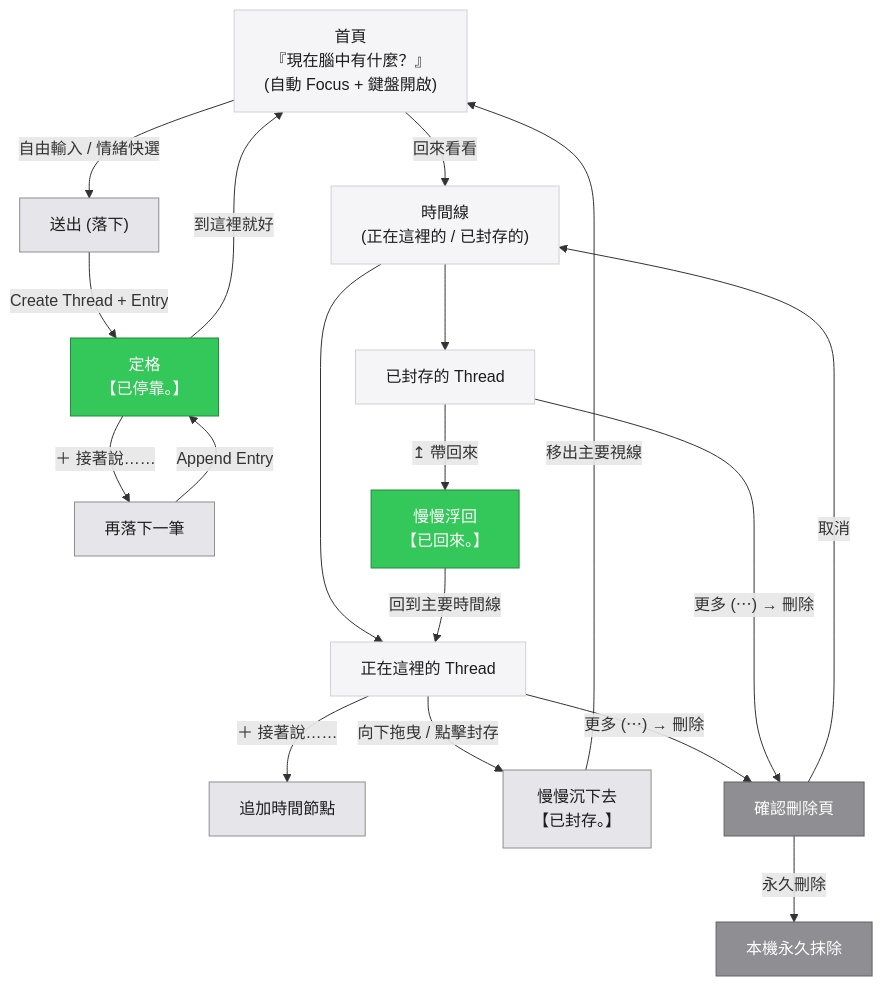
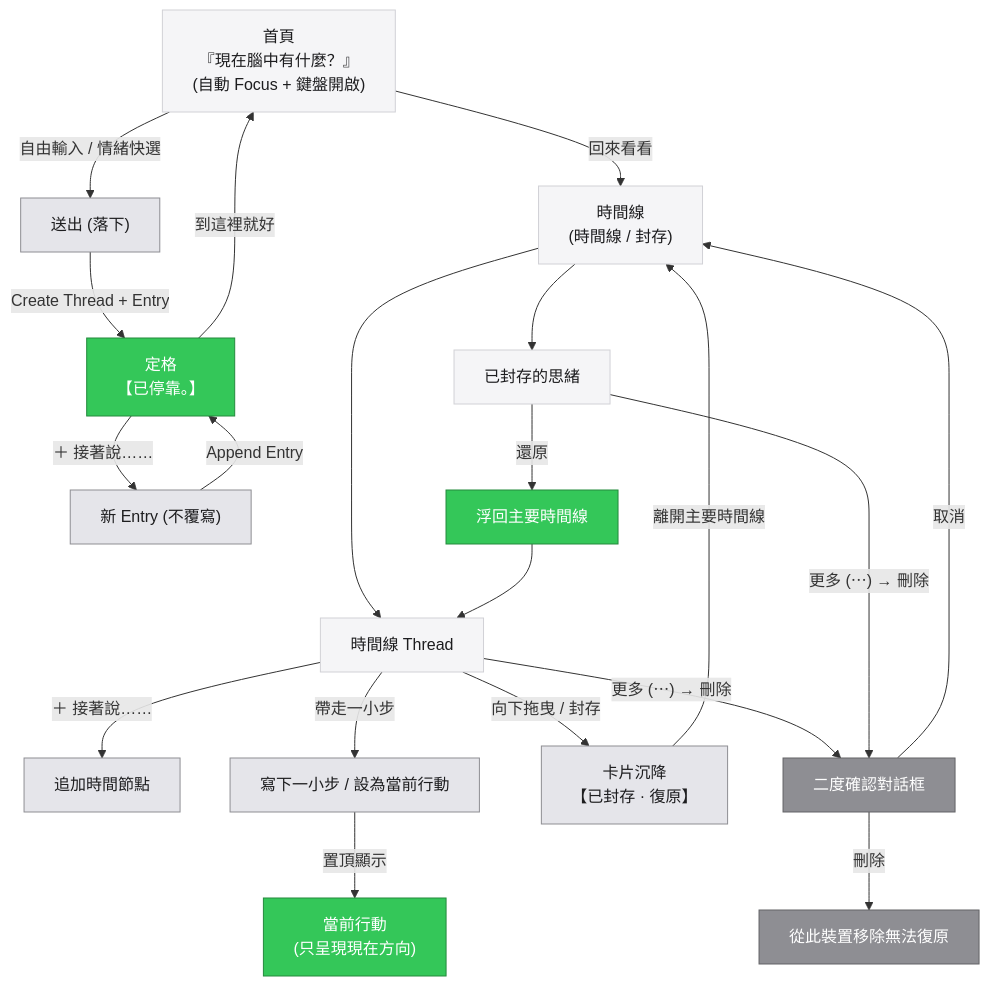
One commit to q5089877/privateMind changed the diagram in flow_diagram.md. Above: the diagram before and after it, drawn with Mermaid. The commit also changed other lines of this file and 6 other files, not shown here.

````diff
--- a/flow_diagram.md
+++ b/flow_diagram.md
@@ -73,37 +62,39 @@
 ```mermaid
 flowchart TD
     %% 節點樣式
     classDef input fill:#F5F5F7,stroke:#D1D1D6,stroke-width:1px,color:#1D1D1F;
     classDef action fill:#E5E5EA,stroke:#8E8E93,stroke-width:1px,color:#1D1D1F;
     classDef settle fill:#34C759,stroke:#248A3D,stroke-width:1px,color:#FFFFFF;
     classDef terminal fill:#8E8E93,stroke:#636366,stroke-width:1px,color:#FFFFFF;
 
     HOME["首頁<br/>『現在腦中有什麼？』<br/>(自動 Focus + 鍵盤開啟)"]:::input
 
     %% 首頁操作
     HOME -->|"自由輸入 / 情緒快選"| SUBMIT["送出 (落下)"]:::action
-    HOME -->|"回來看看"| TIMELINE["時間線<br/>(正在這裡的 / 已封存的)"]:::input
+    HOME -->|"回來看看"| TIMELINE["時間線<br/>(時間線 / 封存)"]:::input
 
     %% 寫入路徑
     SUBMIT -->|"Create Thread + Entry"| SETTLED["定格<br/>【已停靠。】"]:::settle
     SETTLED -->|"到這裡就好"| HOME
-    SETTLED -->|"＋ 接著說……"| APPEND_NOW["再落下一筆"]:::action
+    SETTLED -->|"＋ 接著說……"| APPEND_NOW["新 Entry (不覆寫)"]:::action
     APPEND_NOW -->|"Append Entry"| SETTLED
 
-    %% 正在這裡的 Thread
-    TIMELINE --> ACTIVE_THREAD["正在這裡的 Thread"]:::input
+    %% 時間線操作
+    TIMELINE --> ACTIVE_THREAD["時間線 Thread"]:::input
     ACTIVE_THREAD -->|"＋ 接著說……"| APPEND_LATER["追加時間節點"]:::action
-    ACTIVE_THREAD -->|"向下拖曳 / 點擊封存"| ARCHIVE_ACTION["慢慢沉下去<br/>【已封存。】"]:::action
-    ARCHIVE_ACTION -->|"移出主要視線"| HOME
+    ACTIVE_THREAD -->|"帶走一小步"| STEP_ACTION["寫下一小步 / 設為當前行動"]:::action
+    STEP_ACTION -->|"置頂顯示"| CURRENT_ACTION["當前行動<br/>(只呈現現在方向)"]:::settle
+    ACTIVE_THREAD -->|"向下拖曳 / 封存"| ARCHIVE_ACTION["卡片沉降<br/>【已封存 · 復原】"]:::action
+    ARCHIVE_ACTION -->|"離開主要時間線"| TIMELINE
 
-    %% 已封存的 Thread
-    TIMELINE --> ARCHIVED_THREAD["已封存的 Thread"]:::input
-    ARCHIVED_THREAD -->|"↥ 帶回來"| RESTORE_ACTION["慢慢浮回<br/>【已回來。】"]:::settle
-    RESTORE_ACTION -->|"回到主要時間線"| ACTIVE_THREAD
+    %% 封存區
+    TIMELINE --> ARCHIVED_VIEW["已封存的思緒"]:::input
+    ARCHIVED_VIEW -->|"還原"| RESTORE_ACTION["浮回主要時間線"]:::settle
+    RESTORE_ACTION --> ACTIVE_THREAD
 
     %% 獨立刪除流
-    ACTIVE_THREAD -->|"更多 (⋯) → 刪除"| DEL_MODAL["確認刪除頁"]:::terminal
-    ARCHIVED_THREAD -->|"更多 (⋯) → 刪除"| DEL_MODAL
-    DEL_MODAL -->|"永久刪除"| HARD_DEL["本機永久抹除"]:::terminal
+    ACTIVE_THREAD -->|"更多 (⋯) → 刪除"| DEL_MODAL["二度確認對話框"]:::terminal
+    ARCHIVED_VIEW -->|"更多 (⋯) → 刪除"| DEL_MODAL
+    DEL_MODAL -->|"刪除"| HARD_DEL["從此裝置移除無法復原"]:::terminal
     DEL_MODAL -->|"取消"| TIMELINE
 ```
````
